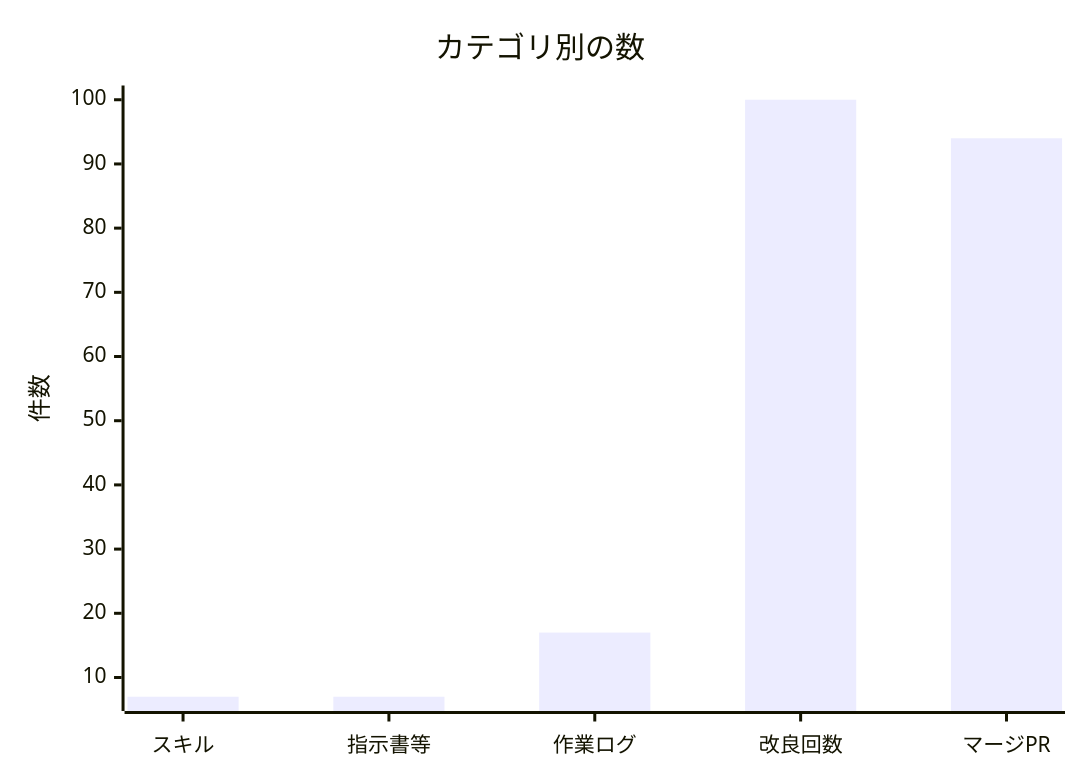
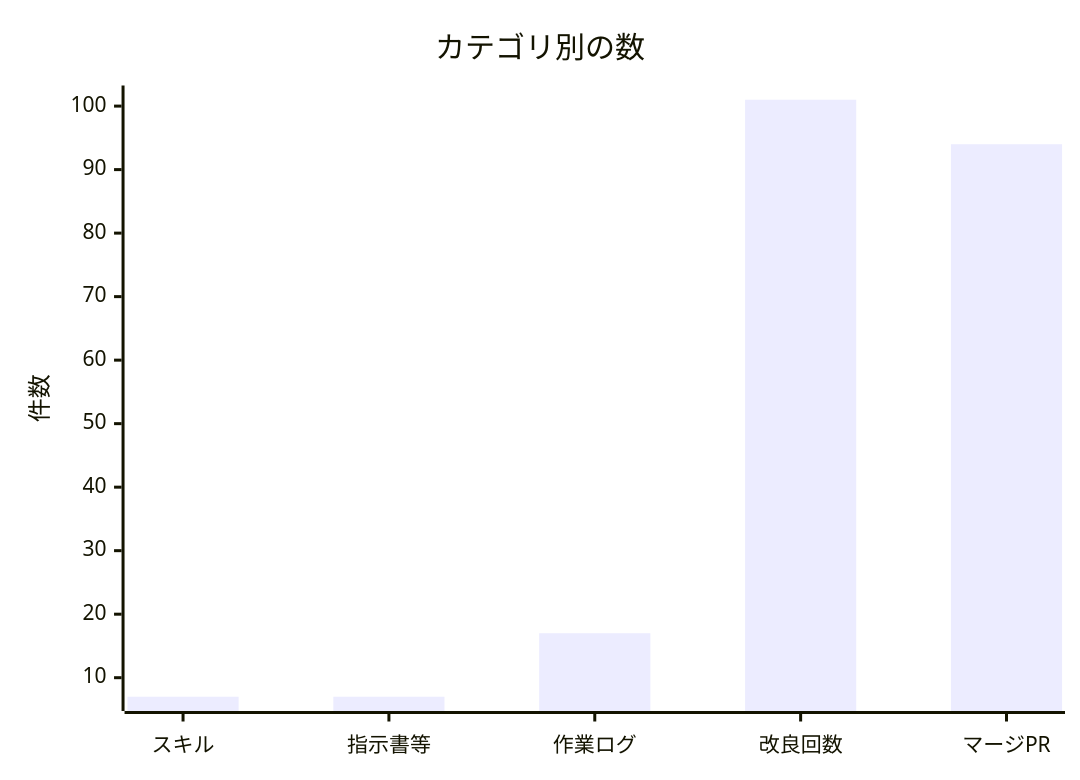
One commit to non-x2/non-x2 changed the second of 2 diagrams in docs/進化レポート.md. Above: the diagram before and after it, drawn with Mermaid. The commit also changed other lines of this file and 2 other files, not shown here.

````diff
--- a/docs/進化レポート.md
+++ b/docs/進化レポート.md
@@ -33,7 +33,7 @@
 ```mermaid
 xychart-beta
     title "カテゴリ別の数"
     x-axis ["スキル", "指示書等", "作業ログ", "改良回数", "マージPR"]
     y-axis "件数"
-    bar [7, 7, 17, 100, 94]
+    bar [7, 7, 17, 101, 94]
 ```
````
